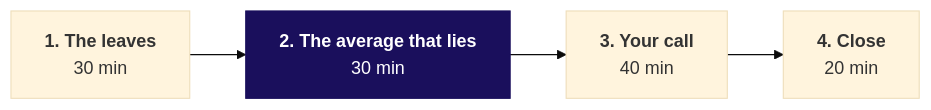
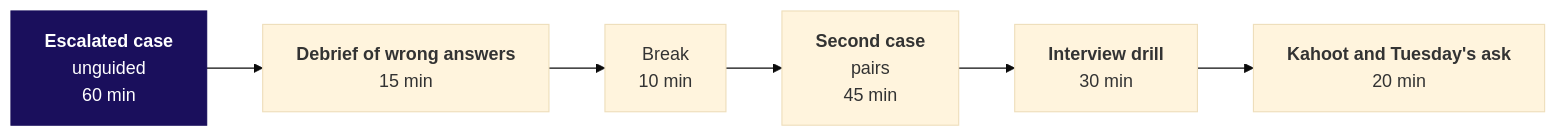
Before and after one commit to fde-academy-lab/c2-content-factory: the second of 2 diagrams in content/W01/D1/trainer/C2_W01_D01_day_sheet_TRAINER.md, drawn with Mermaid (base theme). The commit also changed other lines of this file and 1 other file, not shown here.

````diff
--- a/content/W01/D1/trainer/C2_W01_D01_day_sheet_TRAINER.md
+++ b/content/W01/D1/trainer/C2_W01_D01_day_sheet_TRAINER.md
@@ -50,6 +50,6 @@
 ```mermaid
 flowchart LR
-    L["<b>1. The leaves</b><br/>30 min"] --> V["<b>2. The average that lies</b><br/>30 min"] --> Y["<b>3. Your call</b><br/>40 min"] --> X["<b>4. Close</b><br/>20 min"]
+    E["<b>Escalated case</b><br/>unguided<br/>60 min"] --> D["<b>Debrief of wrong answers</b><br/>15 min"] --> B["Break<br/>10 min"] --> S["<b>Second case</b><br/>pairs<br/>45 min"] --> I["<b>Interview drill</b><br/>30 min"] --> K["<b>Kahoot and Tuesday's ask</b><br/>20 min"]
     classDef core fill:#1A0F5C,stroke:#1A0F5C,color:#FFFFFF
-    class V core
+    class E core
 ```
````
